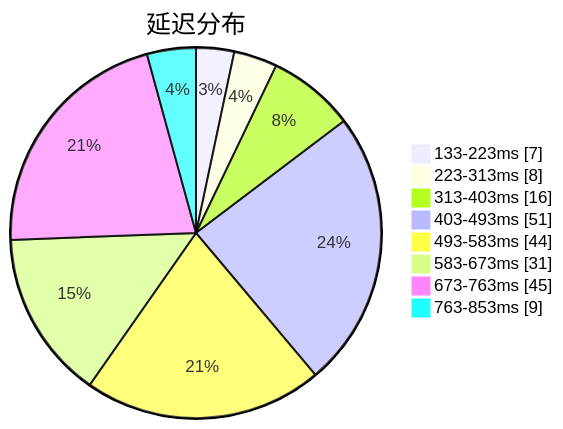
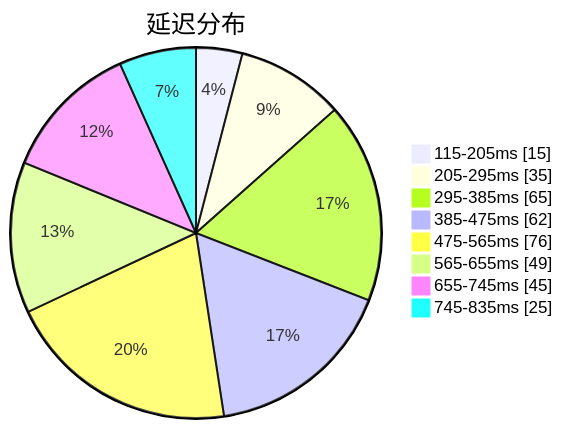
The first of 3 diagrams in subs/statistics/tested_within.md (sinspired/airport), drawn with Mermaid before and after one commit. The commit also changed other lines of this file and 2 other files, not shown here.

````diff
--- a/subs/statistics/tested_within.md
+++ b/subs/statistics/tested_within.md
@@ -2,12 +2,12 @@
 ```mermaid
 pie showData
 title 延迟分布
-"133-223ms" : 7
-"223-313ms" : 8
-"313-403ms" : 16
-"403-493ms" : 51
-"493-583ms" : 44
-"583-673ms" : 31
-"673-763ms" : 45
-"763-853ms" : 9
+"115-205ms" : 15
+"205-295ms" : 35
+"295-385ms" : 65
+"385-475ms" : 62
+"475-565ms" : 76
+"565-655ms" : 49
+"655-745ms" : 45
+"745-835ms" : 25
 ```
````
